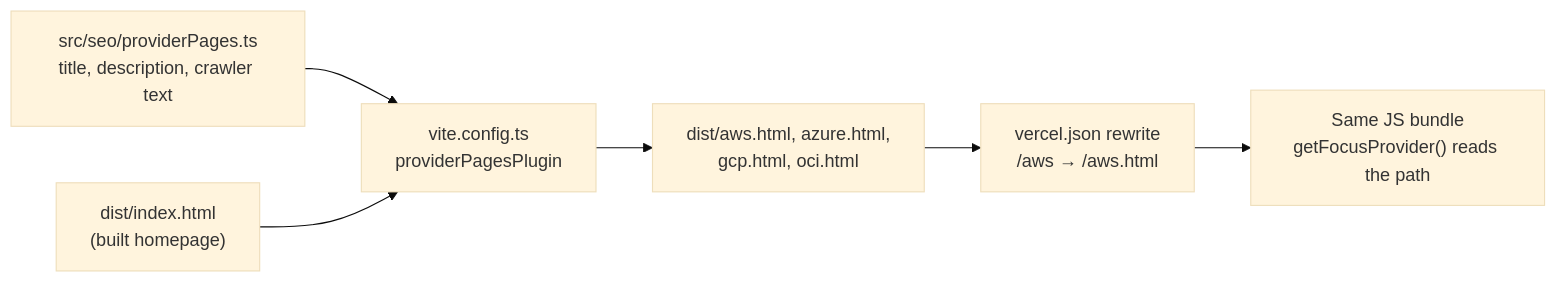
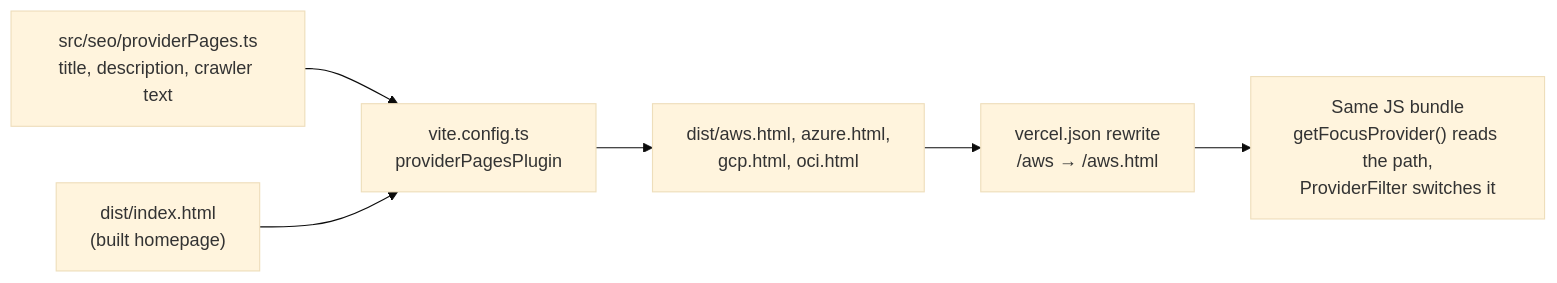
The third of 8 diagrams in README.md (jxman/csp-status-hub), drawn with Mermaid (base theme) before and after one commit. The commit also changed other lines of this file and 12 other files, not shown here.

First line of the commit message:
feat: filter the dashboard by provider on /aws, /azure, /gcp, /oci

````diff
--- a/README.md
+++ b/README.md
@@ -206,8 +213,8 @@
 ```mermaid
 flowchart LR
     data["src/seo/providerPages.ts<br/>title, description, crawler text"] --> plugin
     built["dist/index.html<br/>(built homepage)"] --> plugin["vite.config.ts<br/>providerPagesPlugin"]
     plugin --> pages["dist/aws.html, azure.html,<br/>gcp.html, oci.html"]
     pages --> rewrite["vercel.json rewrite<br/>/aws → /aws.html"]
-    rewrite --> app["Same JS bundle<br/>getFocusProvider() reads the path"]
+    rewrite --> app["Same JS bundle<br/>getFocusProvider() reads the path,<br/>ProviderFilter switches it"]
 ```
````
